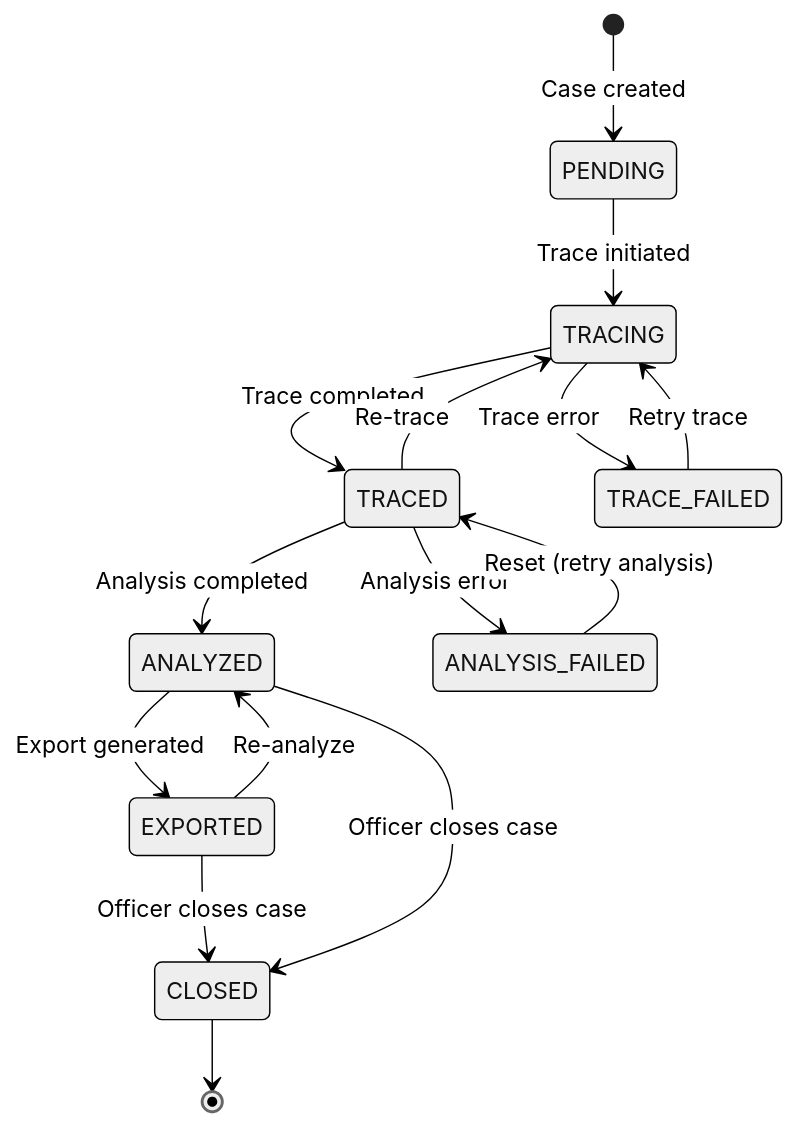
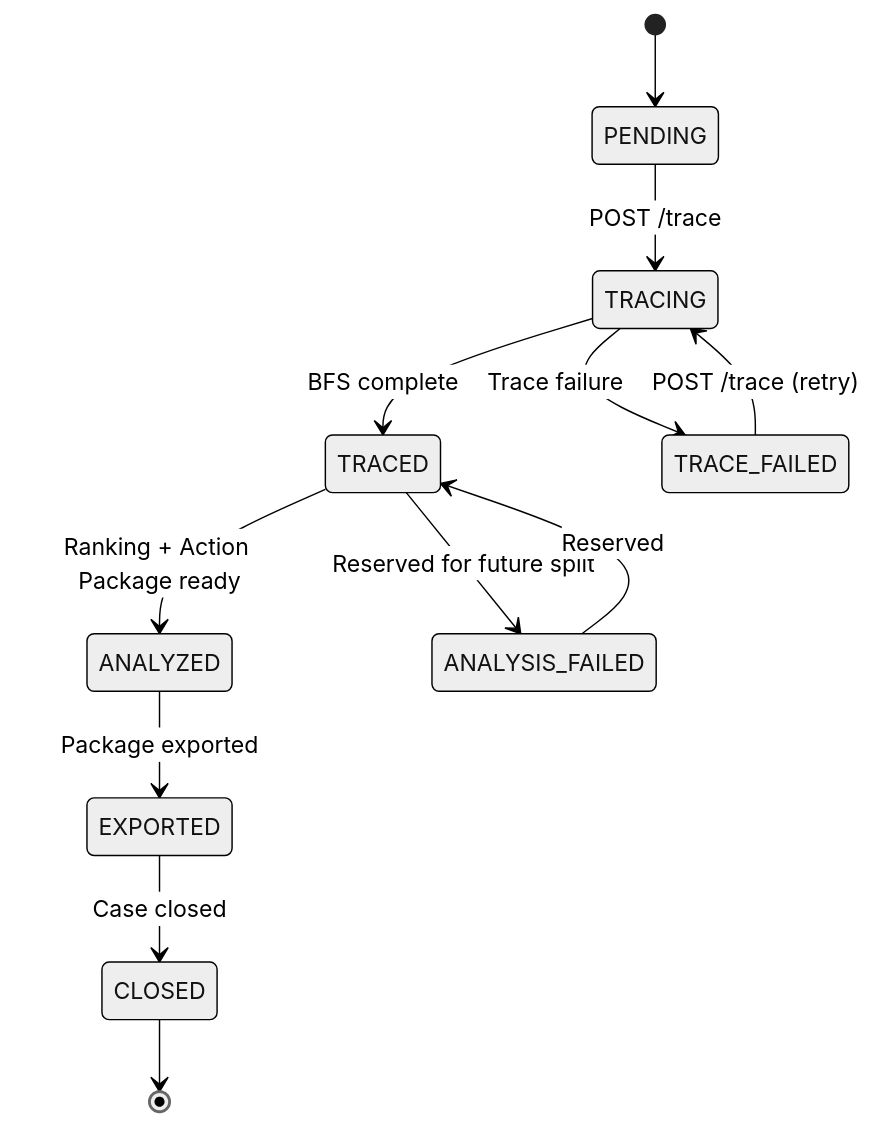
Before and after one commit to lochangowda10/Anveshak: the diagram in docs/PRODUCT_SPEC.md, drawn with Mermaid (neutral theme). The commit also changed other lines of this file and 20 other files, not shown here.

````diff
--- a/docs/PRODUCT_SPEC.md
+++ b/docs/PRODUCT_SPEC.md
@@ -584,17 +137,14 @@
 ```mermaid
 stateDiagram-v2
-    [*] --> PENDING : Case created
-    PENDING --> TRACING : Trace initiated
-    TRACING --> TRACED : Trace completed
-    TRACING --> TRACE_FAILED : Trace error
-    TRACE_FAILED --> TRACING : Retry trace
-    TRACED --> TRACING : Re-trace
-    TRACED --> ANALYZED : Analysis completed
-    TRACED --> ANALYSIS_FAILED : Analysis error
-    ANALYSIS_FAILED --> TRACED : Reset (retry analysis)
-    ANALYZED --> EXPORTED : Export generated
-    EXPORTED --> CLOSED : Officer closes case
-    ANALYZED --> CLOSED : Officer closes case
-    EXPORTED --> ANALYZED : Re-analyze
+    [*] --> PENDING
+    PENDING --> TRACING : POST /trace
+    TRACING --> TRACED : BFS complete
+    TRACING --> TRACE_FAILED : Trace failure
+    TRACE_FAILED --> TRACING : POST /trace (retry)
+    TRACED --> ANALYZED : Ranking + Action Package ready
+    TRACED --> ANALYSIS_FAILED : Reserved for future split
+    ANALYSIS_FAILED --> TRACED : Reserved
+    ANALYZED --> EXPORTED : Package exported
+    EXPORTED --> CLOSED : Case closed
     CLOSED --> [*]
 ```
````
